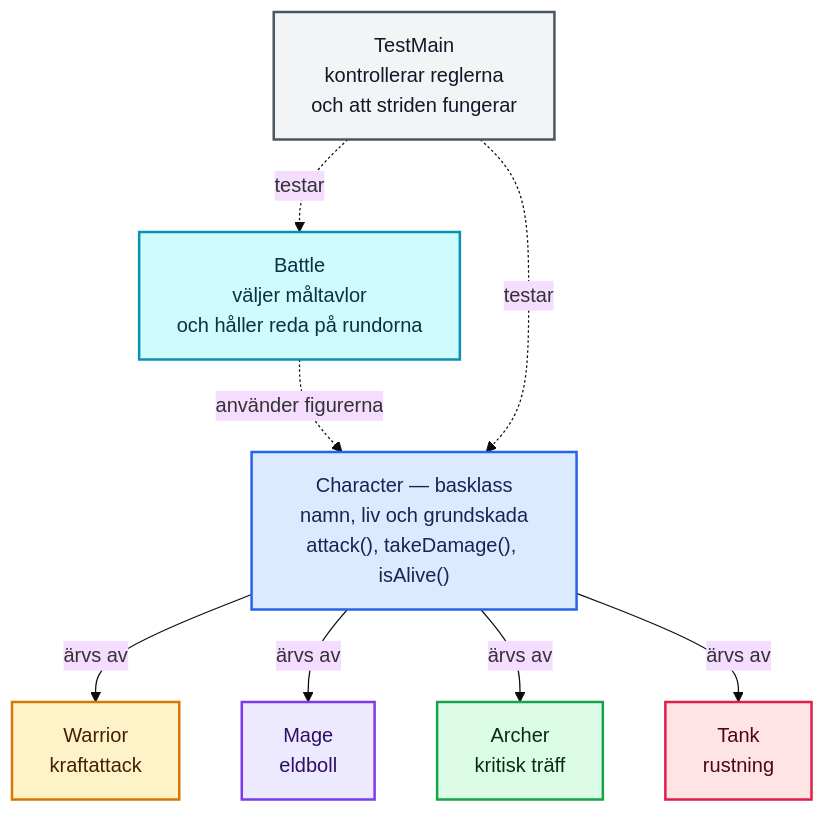
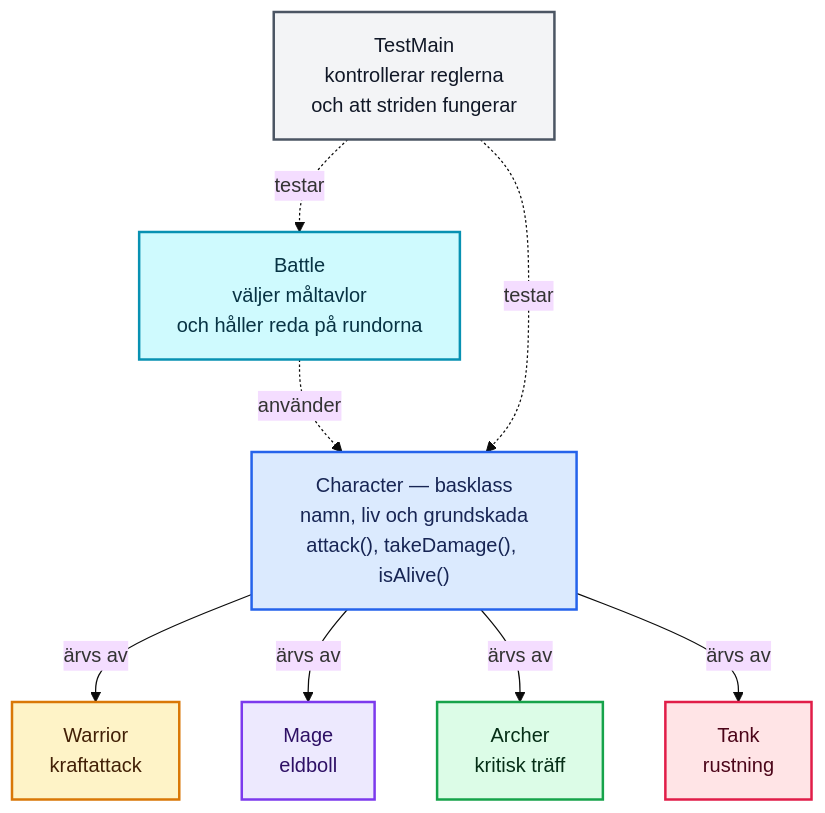
The first of 2 diagrams in README.md (ArezoHJ/oop-battle-royale), drawn with Mermaid (base theme) before and after one commit. The commit also changed other lines of this file, not shown here.

````diff
--- a/README.md
+++ b/README.md
@@ -145,26 +55,26 @@
 ```mermaid
 flowchart TD
     C["Character — basklass<br/>namn, liv och grundskada<br/>attack(), takeDamage(), isAlive()"]
     W["Warrior<br/>kraftattack"]
     M["Mage<br/>eldboll"]
     A["Archer<br/>kritisk träff"]
     T["Tank<br/>rustning"]
     B["Battle<br/>väljer måltavlor<br/>och håller reda på rundorna"]
     X["TestMain<br/>kontrollerar reglerna<br/>och att striden fungerar"]
 
     C -->|"ärvs av"| W
     C -->|"ärvs av"| M
     C -->|"ärvs av"| A
     C -->|"ärvs av"| T
-    B -.->|"använder figurerna"| C
+    B -.->|"använder"| C
     X -.->|"testar"| C
     X -.->|"testar"| B
 
     style C fill:#DBEAFE,stroke:#2563EB,color:#172554,stroke-width:2px
     style W fill:#FEF3C7,stroke:#D97706,color:#422006,stroke-width:2px
     style M fill:#EDE9FE,stroke:#7C3AED,color:#2E1065,stroke-width:2px
     style A fill:#DCFCE7,stroke:#16A34A,color:#052E16,stroke-width:2px
     style T fill:#FFE4E6,stroke:#E11D48,color:#4C0519,stroke-width:2px
     style B fill:#CFFAFE,stroke:#0891B2,color:#083344,stroke-width:2px
     style X fill:#F3F4F6,stroke:#4B5563,color:#111827,stroke-width:2px
 ```
````
